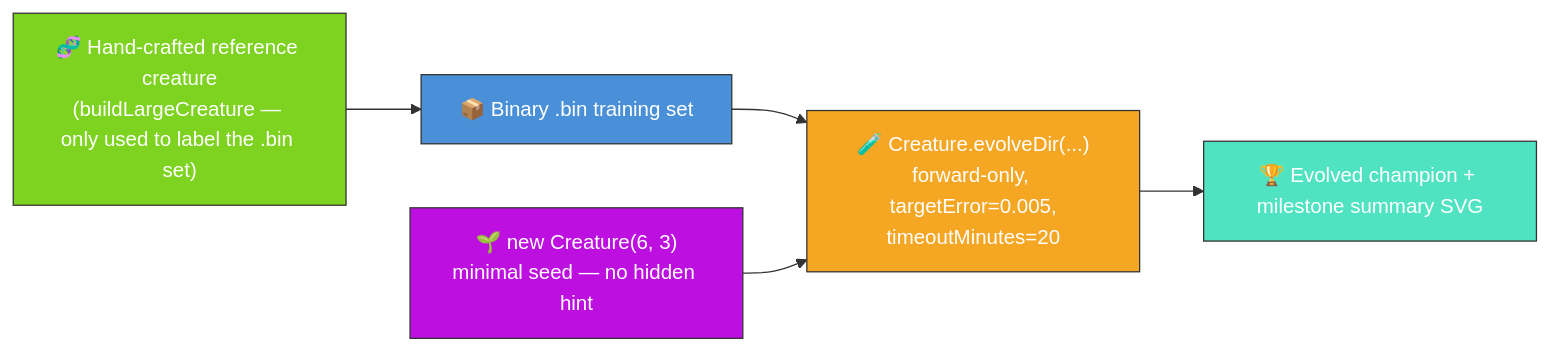
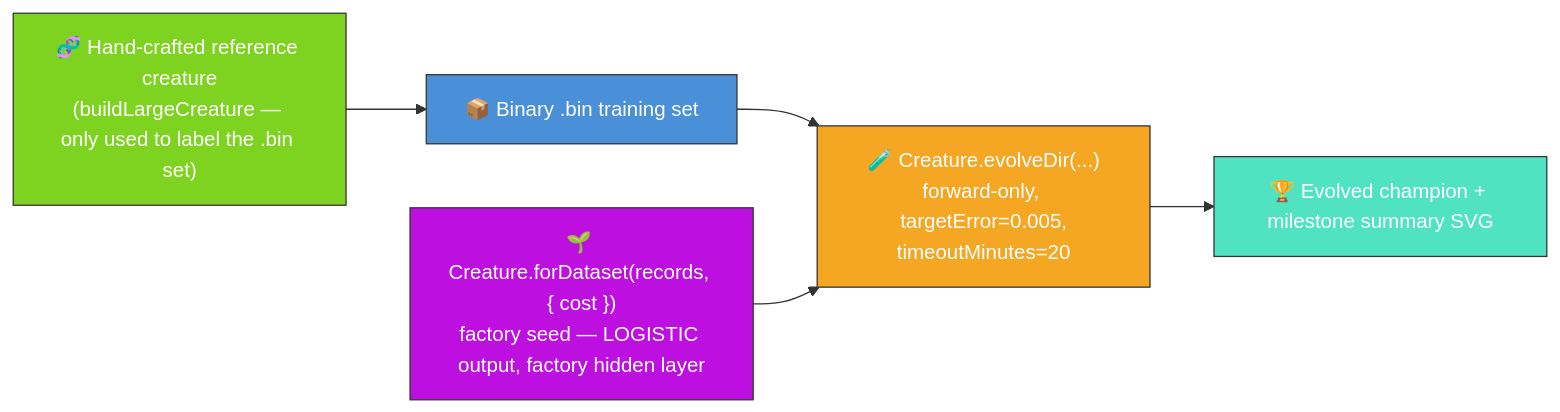
The diagram in discovery_at_scale/README.md (stSoftwareAU/NEAT-AI-Examples), drawn with Mermaid before and after one commit. The commit also changed other lines of this file and 7 other files, not shown here.

First line of the commit message:
discovery_at_scale: build the initial creature via the NEAT-AI factory (#535)

````diff
--- a/discovery_at_scale/README.md
+++ b/discovery_at_scale/README.md
@@ -9,17 +9,17 @@
 ```mermaid
 flowchart LR
     REF["🧬 Hand-crafted reference creature<br/>(buildLargeCreature — only used to label the .bin set)"]
     DATA["📦 Binary .bin training set"]
-    SEED["🌱 new Creature(6, 3)<br/>minimal seed — no hidden hint"]
+    SEED["🌱 Creature.forDataset(records, { cost })<br/>factory seed — LOGISTIC output, factory hidden layer"]
     EVOLVE["🧪 Creature.evolveDir(...)<br/>forward-only, targetError=0.005,<br/>timeoutMinutes=20"]
     OUT["🏆 Evolved champion + milestone summary SVG"]
     REF --> DATA
     DATA --> EVOLVE
     SEED --> EVOLVE
     EVOLVE --> OUT
     style REF fill:#7ed321,stroke:#333,color:#fff
     style DATA fill:#4a90d9,stroke:#333,color:#fff
     style SEED fill:#bd10e0,stroke:#333,color:#fff
     style EVOLVE fill:#f5a623,stroke:#333,color:#fff
     style OUT fill:#50e3c2,stroke:#333,color:#fff
 ```
````
